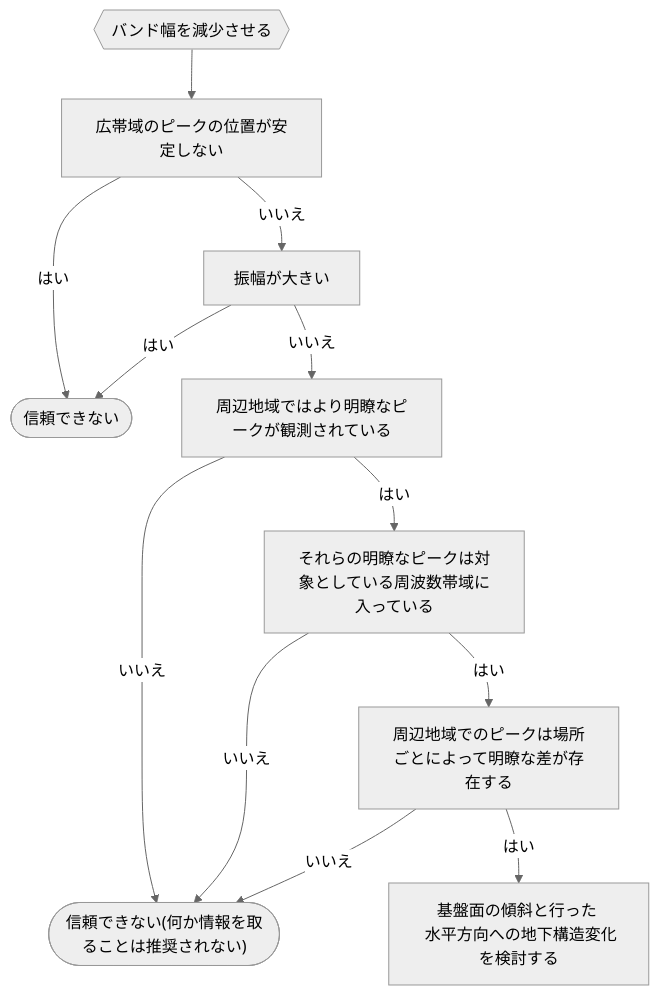
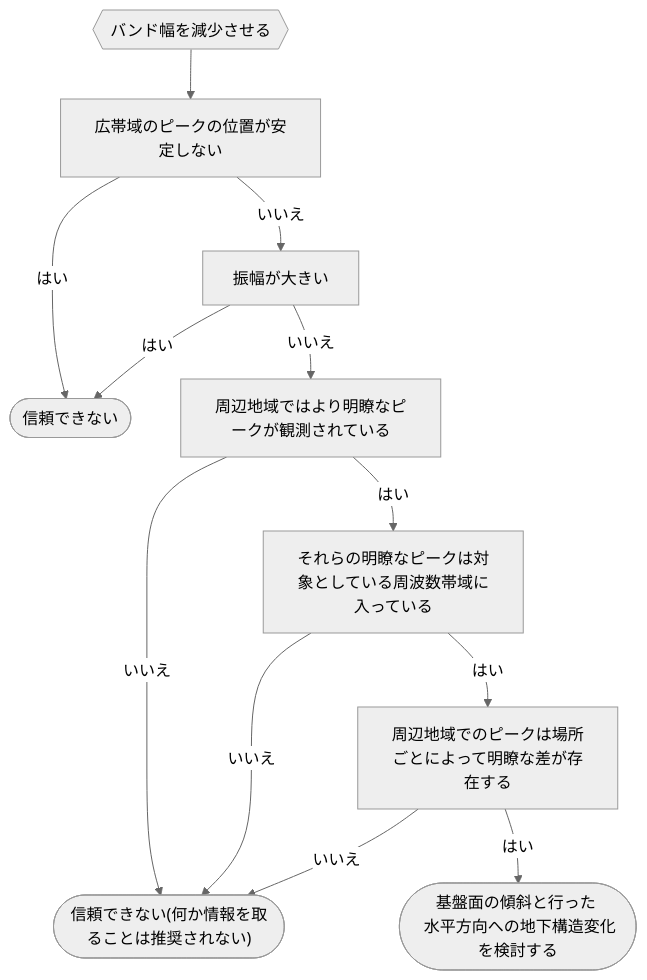
One commit to masamasace/public-zenn-docs changed the third of 6 diagrams in articles/5f4f5fba70bd1a.md. Above: the diagram before and after it, drawn with Mermaid (neutral theme). The commit also changed other lines of this file, not shown here.

````diff
--- a/articles/5f4f5fba70bd1a.md
+++ b/articles/5f4f5fba70bd1a.md
@@ -216,16 +215,14 @@
 ```mermaid
 graph TD
     A{{"バンド幅を減少させる"}} --> B["広帯域のピークの位置が安定しない"]
     B -->|はい| C(["信頼できない"])
     B -->|いいえ| D["振幅が大きい"]
     D -->|はい| C
     D -->|いいえ| F["周辺地域ではより明瞭なピークが観測されている"]
     F -->|いいえ| J(["信頼できない(何か情報を取ることは推奨されない)"])
     F -->|はい| G["それらの明瞭なピークは対象としている周波数帯域に入っている"]
     G -->|はい| I["周辺地域でのピークは場所ごとによって明瞭な差が存在する"]
     G -->|いいえ| J
     I -->|いいえ| J
-    I -->|はい| K["基盤面の傾斜と行った <br> 水平方向への地下構造変化を検討する"]
-
-
+    I -->|はい| K(["基盤面の傾斜と行った <br> 水平方向への地下構造変化を検討する"])
 ```
````
